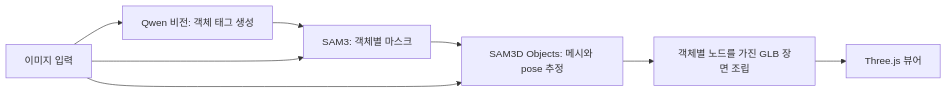
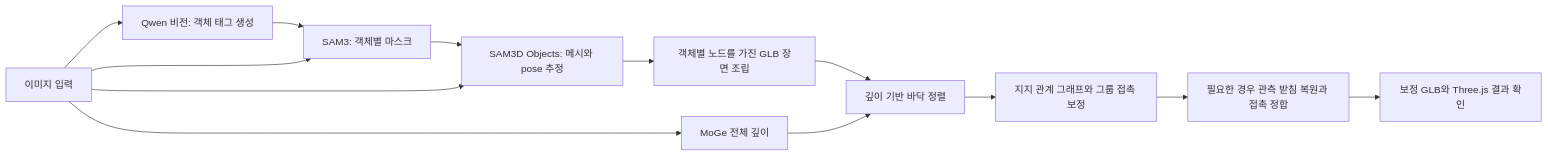
The first of 2 diagrams in README.md (haesongkk/MapMaker), drawn with Mermaid before and after one commit. The commit also changed other lines of this file and 94 other files, not shown here.

````diff
--- a/README.md
+++ b/README.md
@@ -24,10 +26,15 @@
 ```mermaid
 flowchart LR
     A[이미지 입력] --> B[Qwen 비전: 객체 태그 생성]
     B --> C[SAM3: 객체별 마스크]
     A --> C
     C --> D[SAM3D Objects: 메시와 pose 추정]
     A --> D
     D --> E[객체별 노드를 가진 GLB 장면 조립]
-    E --> F[Three.js 뷰어]
+    A --> F[MoGe 전체 깊이]
+    E --> G[깊이 기반 바닥 정렬]
+    F --> G
+    G --> H[지지 관계 그래프와 그룹 접촉 보정]
+    H --> I[필요한 경우 관측 받침 복원과 접촉 정합]
+    I --> J[보정 GLB와 Three.js 결과 확인]
 ```
````
